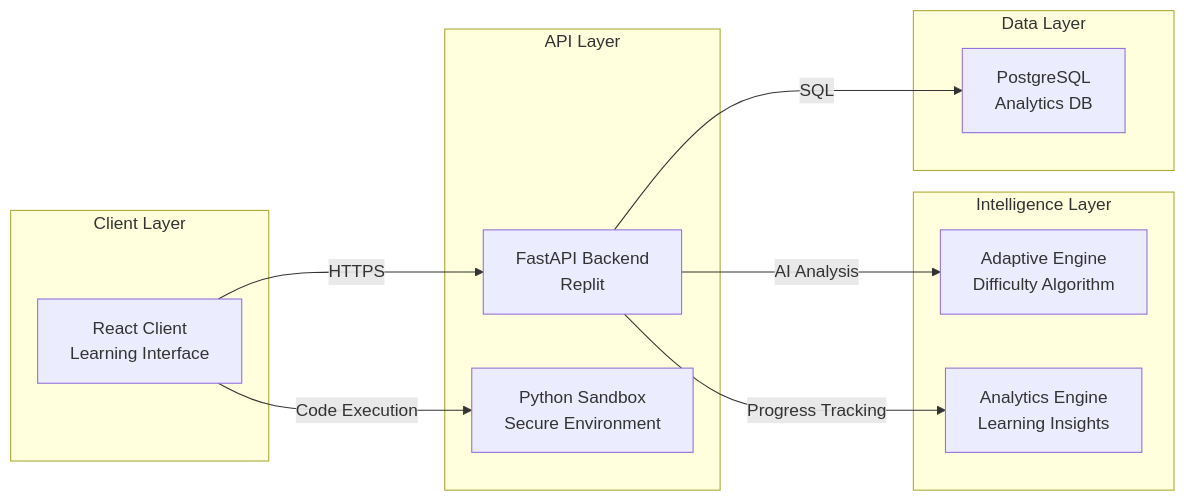
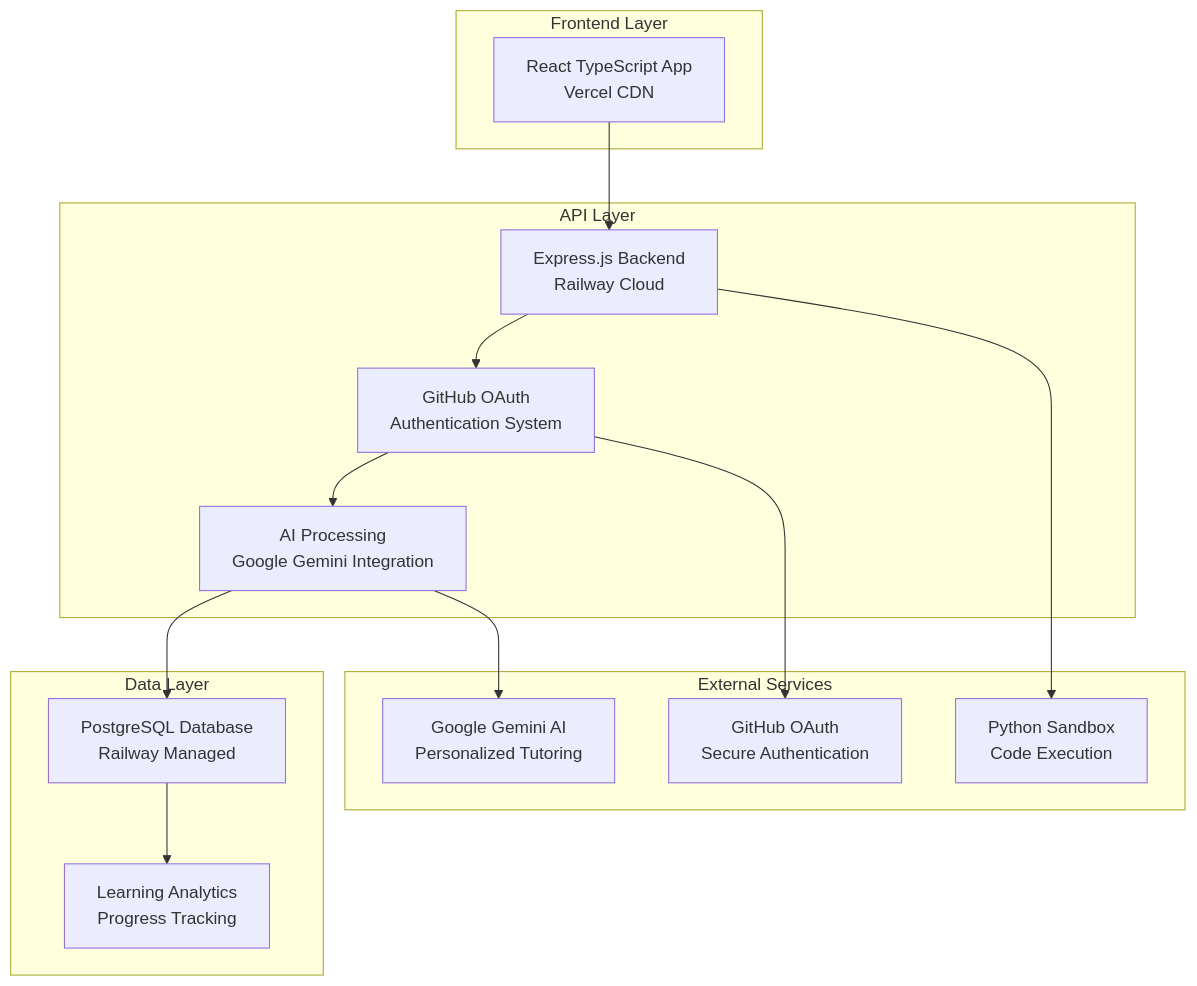
The first of 2 diagrams in README.md (miasdk/python-mastery), drawn with Mermaid before and after one commit. The commit also changed other lines of this file and 12 other files, not shown here.

````diff
--- a/README.md
+++ b/README.md
@@ -152,26 +186,32 @@
 ```mermaid
-graph LR
-    A[React Client<br/>Learning Interface] -->|HTTPS| B[FastAPI Backend<br/>Replit]
-    B -->|SQL| C[PostgreSQL<br/>Analytics DB]
-    A -->|Code Execution| D[Python Sandbox<br/>Secure Environment]
-    B -->|AI Analysis| E[Adaptive Engine<br/>Difficulty Algorithm]
-    B -->|Progress Tracking| F[Analytics Engine<br/>Learning Insights]
-    
-    subgraph "Client Layer"
-        A
+graph TB
+    subgraph "Frontend Layer"
+        A[React TypeScript App<br/>Vercel CDN]
     end
     
     subgraph "API Layer"
-        B
-        D
-    end
-    
-    subgraph "Intelligence Layer"
-        E
-        F
+        B[Express.js Backend<br/>Railway Cloud]
+        B1[GitHub OAuth<br/>Authentication System]
+        B2[AI Processing<br/>Google Gemini Integration]
     end
     
     subgraph "Data Layer"
-        C
+        C[PostgreSQL Database<br/>Railway Managed]
+        C1[Learning Analytics<br/>Progress Tracking]
     end
+    
+    subgraph "External Services"
+        D[Google Gemini AI<br/>Personalized Tutoring]
+        E[GitHub OAuth<br/>Secure Authentication]
+        F[Python Sandbox<br/>Code Execution]
+    end
+    
+    A --> B
+    B --> B1
+    B1 --> B2
+    B2 --> C
+    C --> C1
+    B1 --> E
+    B2 --> D
+    B --> F
 ```
````
